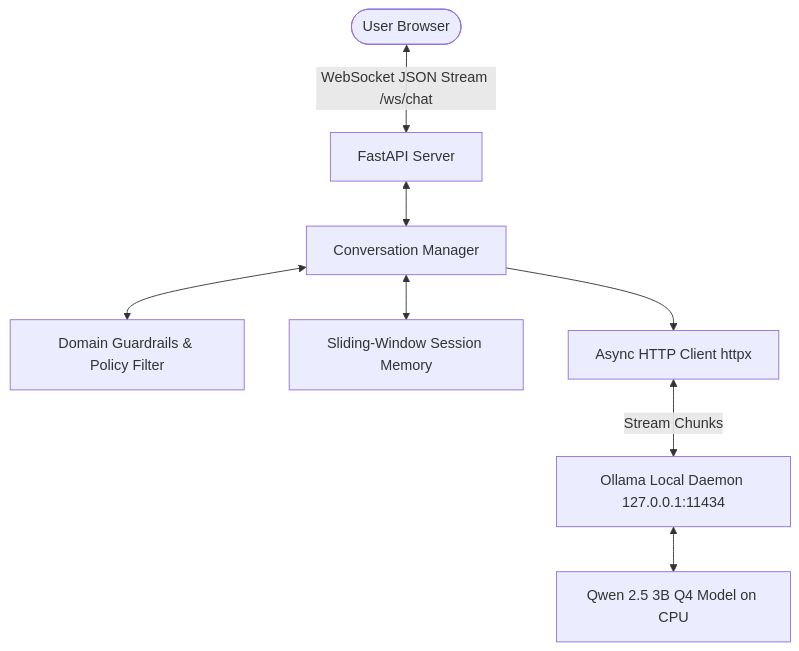
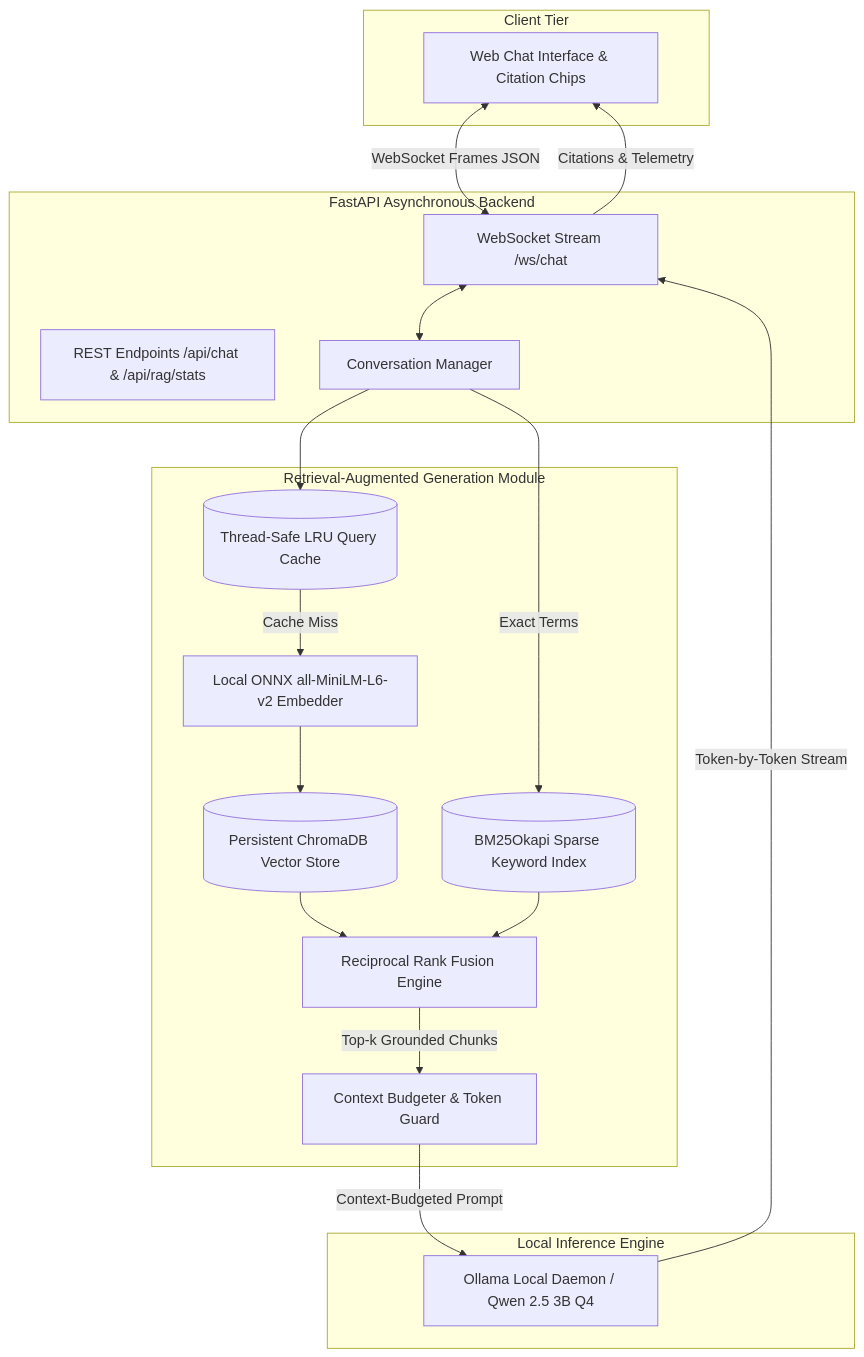
The diagram in README.md (Haroon2697/NLP_A1), drawn with Mermaid before and after one commit. The commit also changed other lines of this file and 93 other files, not shown here.

Commit message:
Implement Assignment 2: Grounded Local Conversational AI with RAG, ChromaDB, and BM25 Hybrid Search

````diff
--- a/README.md
+++ b/README.md
@@ -73,10 +29,38 @@
 ```mermaid
 flowchart TB
-    User([User Browser]) <-->|WebSocket JSON Stream /ws/chat| API[FastAPI Server]
-    API <--> CM[Conversation Manager]
-    CM <--> Guard[Domain Guardrails & Policy Filter]
-    CM <--> Mem[Sliding-Window Session Memory]
-    CM --> LLMClient[Async HTTP Client httpx]
-    LLMClient <-->|Stream Chunks| Ollama[Ollama Local Daemon 127.0.0.1:11434]
-    Ollama <--> Model[Qwen 2.5 3B Q4 Model on CPU]
+    subgraph Client [Client Tier]
+        UI[Web Chat Interface & Citation Chips]
+    end
+
+    subgraph Backend [FastAPI Asynchronous Backend]
+        WS["WebSocket Stream /ws/chat"]
+        REST["REST Endpoints /api/chat & /api/rag/stats"]
+        CM[Conversation Manager]
+    end
+
+    subgraph RAG [Retrieval-Augmented Generation Module]
+        QCache[(Thread-Safe LRU Query Cache)]
+        Embedder[Local ONNX all-MiniLM-L6-v2 Embedder]
+        VStore[(Persistent ChromaDB Vector Store)]
+        BM25[(BM25Okapi Sparse Keyword Index)]
+        RRF[Reciprocal Rank Fusion Engine]
+        Budgeter[Context Budgeter & Token Guard]
+    end
+
+    subgraph LLM [Local Inference Engine]
+        Ollama[Ollama Local Daemon / Qwen 2.5 3B Q4]
+    end
+
+    UI <-->|WebSocket Frames JSON| WS
+    WS <--> CM
+    CM --> QCache
+    QCache -->|Cache Miss| Embedder
+    Embedder --> VStore
+    CM -->|Exact Terms| BM25
+    VStore --> RRF
+    BM25 --> RRF
+    RRF -->|Top-k Grounded Chunks| Budgeter
+    Budgeter -->|Context-Budgeted Prompt| Ollama
+    Ollama -->|Token-by-Token Stream| WS
+    WS -->|Citations & Telemetry| UI
 ```
````
